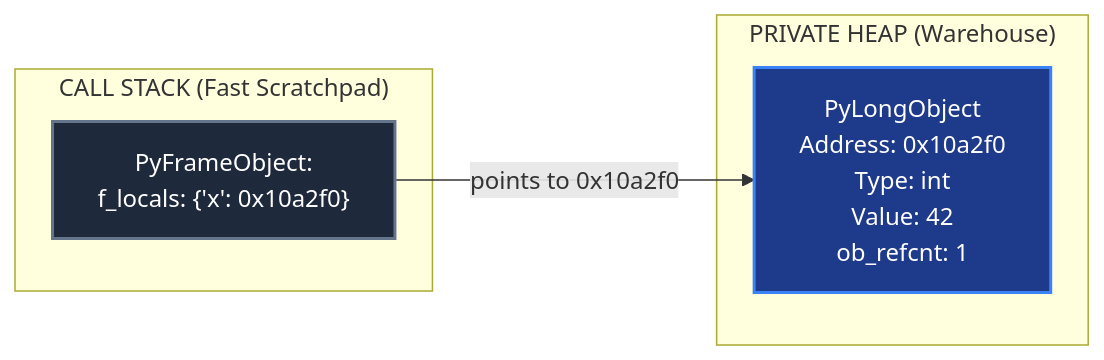
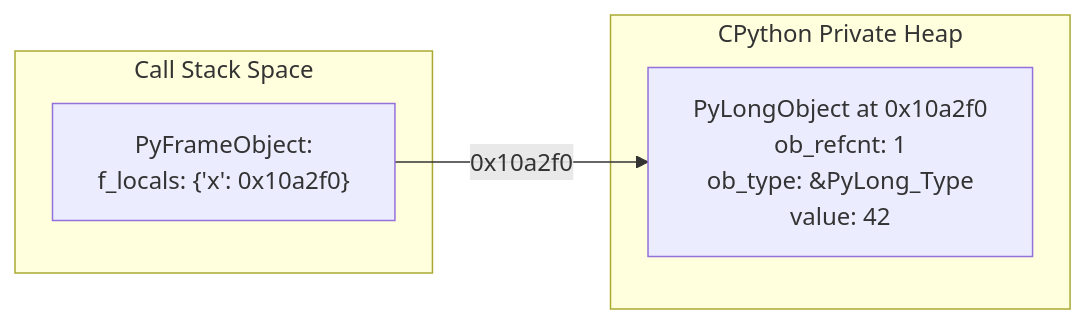
One commit to AchuAshwath/Cthru-Python changed the second of 2 diagrams in src/content/docs/foundations/process-stack-and-heap.mdx. Above: the diagram before and after it, drawn with Mermaid. The commit also changed other lines of this file and 8 other files, not shown here.

````diff
--- a/src/content/docs/foundations/process-stack-and-heap.mdx
+++ b/src/content/docs/foundations/process-stack-and-heap.mdx
@@ -79,15 +70,12 @@
 ```mermaid
 flowchart LR
-    subgraph Stack["CALL STACK (Fast Scratchpad)"]
+    subgraph Stack["Call Stack Space"]
         Frame["PyFrameObject: <module><br/>f_locals: {'x': 0x10a2f0}"]
     end
 
-    subgraph Heap["PRIVATE HEAP (Warehouse)"]
-        IntObj["PyLongObject<br/>Address: 0x10a2f0<br/>Type: int<br/>Value: 42<br/>ob_refcnt: 1"]
+    subgraph Heap["CPython Private Heap"]
+        PyLong["PyLongObject at 0x10a2f0<br/>ob_refcnt: 1<br/>ob_type: &PyLong_Type<br/>value: 42"]
     end
 
-    Frame -->|points to 0x10a2f0| IntObj
-
-    style Frame fill:#1e293b,stroke:#64748b,stroke-width:2px,color:#fff
-    style IntObj fill:#1e3a8a,stroke:#3b82f6,stroke-width:2px,color:#fff
+    Frame -->|0x10a2f0| PyLong
 ```
````
